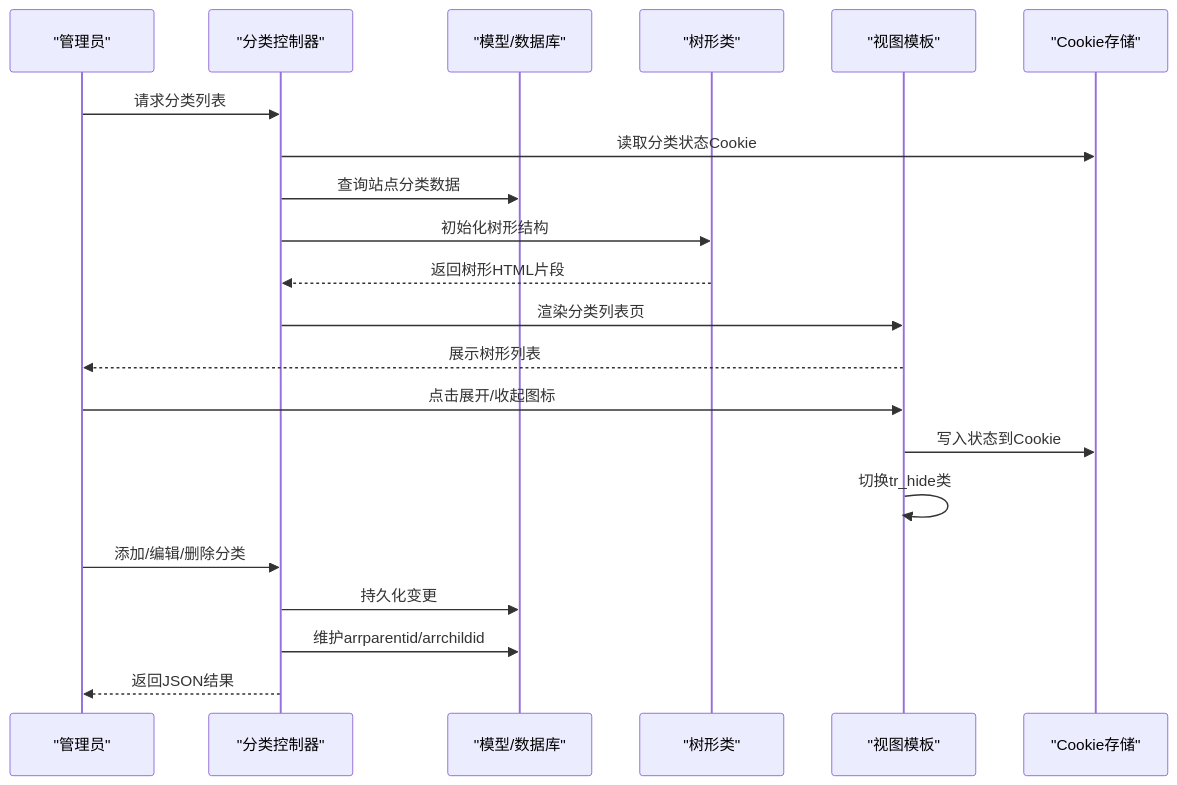
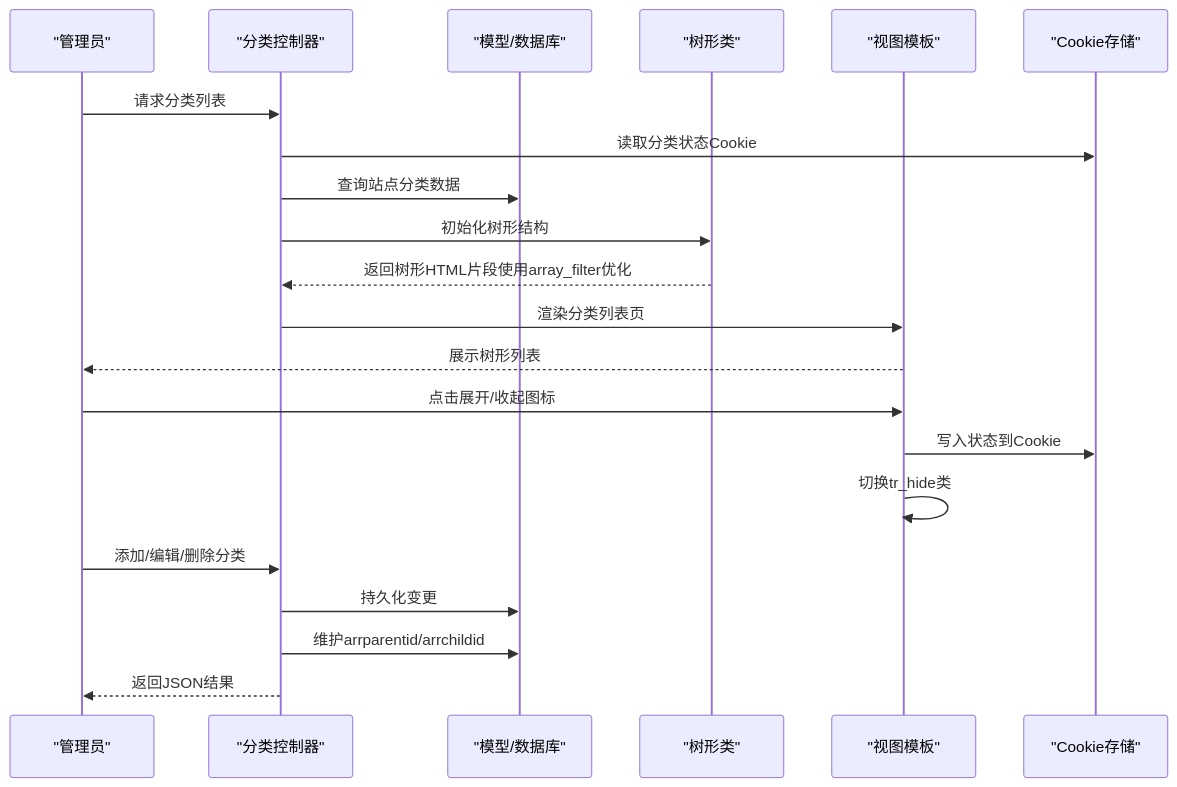
The second of 8 diagrams in .qoder/repowiki/zh/content/系统架构/模块化设计/后台管理模块/分类管理.md (lirongyaoper/lryblog.com), drawn with Mermaid before and after one commit. The commit also changed other lines of this file and 3 other files, not shown here.

````diff
--- a/.qoder/repowiki/zh/content/系统架构/模块化设计/后台管理模块/分类管理.md
+++ b/.qoder/repowiki/zh/content/系统架构/模块化设计/后台管理模块/分类管理.md
@@ -122,23 +123,23 @@
 ```mermaid
 sequenceDiagram
 participant U as "管理员"
 participant C as "分类控制器"
 participant M as "模型/数据库"
 participant T as "树形类"
 participant V as "视图模板"
 participant CK as "Cookie存储"
 U->>C : 请求分类列表
 C->>CK : 读取分类状态Cookie
 C->>M : 查询站点分类数据
 C->>T : 初始化树形结构
-T-->>C : 返回树形HTML片段
+T-->>C : 返回树形HTML片段使用array_filter优化
 C->>V : 渲染分类列表页
 V-->>U : 展示树形列表
 U->>V : 点击展开/收起图标
 V->>CK : 写入状态到Cookie
 V->>V : 切换tr_hide类
 U->>C : 添加/编辑/删除分类
 C->>M : 持久化变更
 C->>M : 维护arrparentid/arrchildid
 C-->>U : 返回JSON结果
 ```
````
